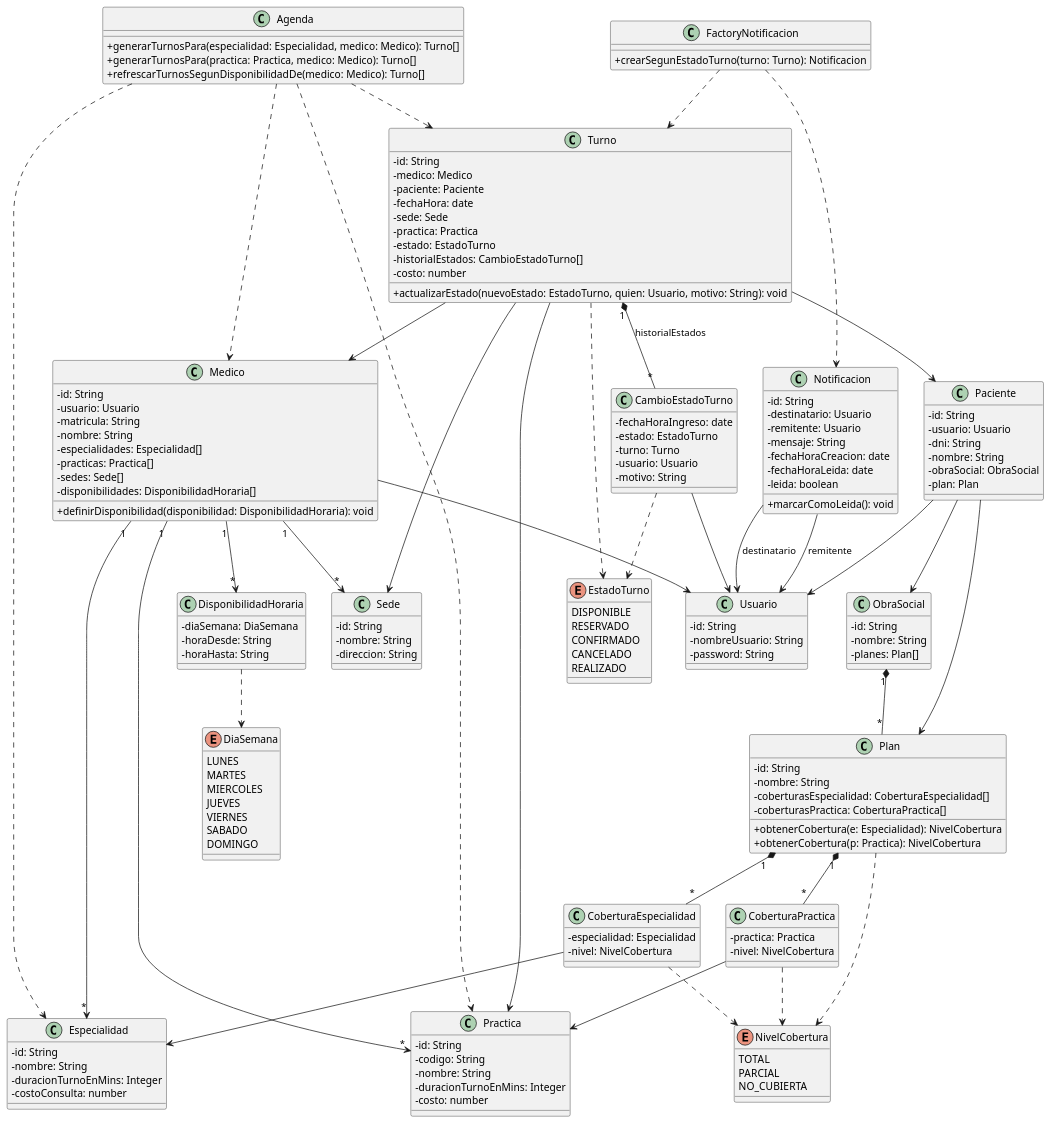
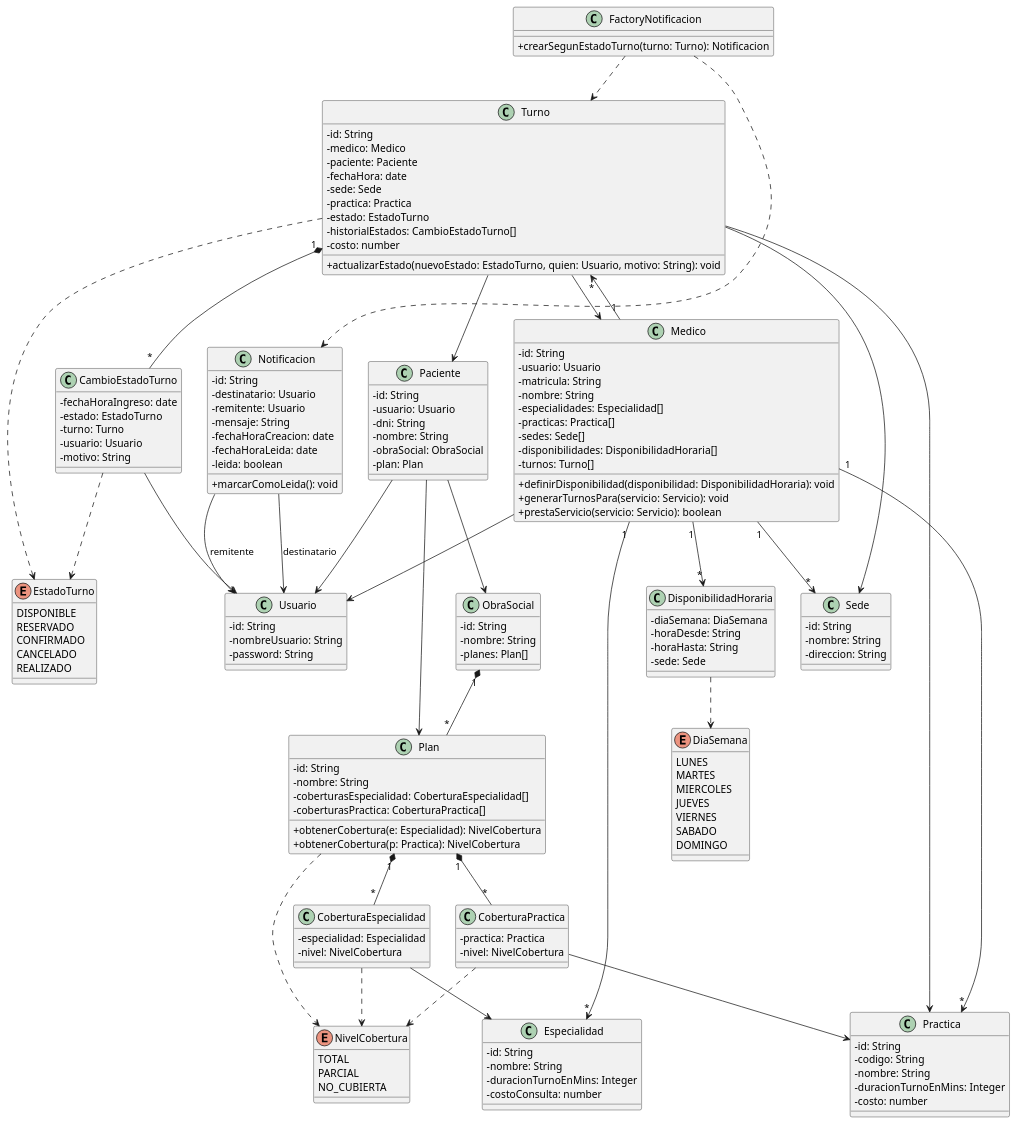
The diagram in doc/diagrams/DiagramaDominio.puml (pablomkoval/tpi-ddso), drawn with PlantUML before and after one commit. The commit also changed 8 other files, not shown here.

Commit message:
Refactor de Agenda: ahora el médico genera sus turnos.

```diff
--- a/doc/diagrams/DiagramaDominio.puml
+++ b/doc/diagrams/DiagramaDominio.puml
@@ -1,195 +1,189 @@
 @startuml
 skinparam classAttributeIconSize 0
 
 enum EstadoTurno {
     DISPONIBLE
     RESERVADO
     CONFIRMADO
     CANCELADO
     REALIZADO
 }
 
 enum NivelCobertura {
     TOTAL
     PARCIAL
     NO_CUBIERTA
 }
 
 enum DiaSemana {
     LUNES
     MARTES
     MIERCOLES
     JUEVES
     VIERNES
     SABADO
     DOMINGO
 }
 
 class Turno {
     - id: String
     - medico: Medico
     - paciente: Paciente
     - fechaHora: date
     - sede: Sede
     - practica: Practica
     - estado: EstadoTurno
     - historialEstados: CambioEstadoTurno[]
     - costo: number
     + actualizarEstado(nuevoEstado: EstadoTurno, quien: Usuario, motivo: String): void
 }
 
 class CambioEstadoTurno {
     - fechaHoraIngreso: date
     - estado: EstadoTurno
     - turno: Turno
     - usuario: Usuario
     - motivo: String
 }
 
-class Agenda {
-    + generarTurnosPara(especialidad: Especialidad, medico: Medico): Turno[]
-    + generarTurnosPara(practica: Practica, medico: Medico): Turno[]
-    + refrescarTurnosSegunDisponibilidadDe(medico: Medico): Turno[]
-}
-
 class Paciente {
     - id: String
     - usuario: Usuario
     - dni: String
     - nombre: String
     - obraSocial: ObraSocial
     - plan: Plan
 }
 
 class Medico {
     - id: String
     - usuario: Usuario
     - matricula: String
     - nombre: String
     - especialidades: Especialidad[]
     - practicas: Practica[]
     - sedes: Sede[]
     - disponibilidades: DisponibilidadHoraria[]
+    - turnos: Turno[]
     + definirDisponibilidad(disponibilidad: DisponibilidadHoraria): void
+    + generarTurnosPara(servicio: Servicio): void
+    + prestaServicio(servicio: Servicio): boolean
 }
 
 class DisponibilidadHoraria {
     - diaSemana: DiaSemana
     - horaDesde: String
     - horaHasta: String
+    - sede: Sede
 }
 
 class Sede {
     - id: String
     - nombre: String
     - direccion: String
 }
 
 class ObraSocial {
     - id: String
     - nombre: String
     - planes: Plan[]
 }
 
 class Plan {
     - id: String
     - nombre: String
     - coberturasEspecialidad: CoberturaEspecialidad[]
     - coberturasPractica: CoberturaPractica[]
     + obtenerCobertura(e: Especialidad): NivelCobertura
     + obtenerCobertura(p: Practica): NivelCobertura
 }
 
 class CoberturaEspecialidad {
     - especialidad: Especialidad
     - nivel: NivelCobertura
 }
 
 class CoberturaPractica {
     - practica: Practica
     - nivel: NivelCobertura
 }
 
 class Especialidad {
     - id: String
     - nombre: String
     - duracionTurnoEnMins: Integer
     - costoConsulta: number
 }
 
 class Practica {
     - id: String
     - codigo: String
     - nombre: String
     - duracionTurnoEnMins: Integer
     - costo: number
 }
 
 class Usuario {
     - id: String
     - nombreUsuario: String
     - password: String
 }
 
 class FactoryNotificacion {
     + crearSegunEstadoTurno(turno: Turno): Notificacion
 }
 
 class Notificacion {
     - id: String
     - destinatario: Usuario
     - remitente: Usuario
     - mensaje: String
     - fechaHoraCreacion: date
     - fechaHoraLeida: date
     - leida: boolean
     + marcarComoLeida(): void
 }
 
 ' Relaciones
-Agenda ..> Turno
-Agenda ..> Medico
-Agenda ..> Especialidad
-Agenda ..> Practica
-
-Turno "1" *-- "*" CambioEstadoTurno : historialEstados
+Turno "1" *-- "*" CambioEstadoTurno
 Turno --> Medico
 Turno --> Paciente
 Turno --> Sede
 Turno --> Practica
 Turno ..> EstadoTurno
 
 CambioEstadoTurno --> Usuario
 CambioEstadoTurno ..> EstadoTurno
 
 Paciente --> Usuario
 Paciente --> ObraSocial
 Paciente --> Plan
 
 Medico --> Usuario
 Medico "1" --> "*" Sede
 Medico "1" --> "*" Especialidad
 Medico "1" --> "*" Practica
 Medico "1" --> "*" DisponibilidadHoraria
+Medico "1" --> "*" Turno
 
 DisponibilidadHoraria ..> DiaSemana
 
 ObraSocial "1" *-- "*" Plan
 
 Plan "1" *-- "*" CoberturaEspecialidad
 Plan "1" *-- "*" CoberturaPractica
 Plan ..> NivelCobertura
 
 CoberturaEspecialidad --> Especialidad
 CoberturaEspecialidad ..> NivelCobertura
 
 CoberturaPractica --> Practica
 CoberturaPractica ..> NivelCobertura
 
 FactoryNotificacion ..> Turno
 FactoryNotificacion ..> Notificacion
 
 Notificacion --> Usuario : remitente
 Notificacion --> Usuario : destinatario
 
 @enduml
```
